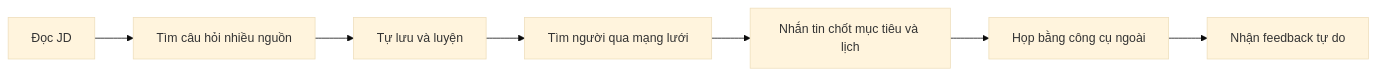
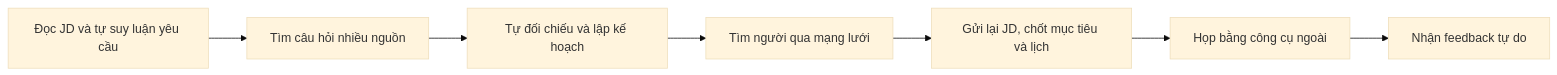
Before and after one commit to tnnhuaa/InterviewQuestionBank: the diagram in docs/Project_Proposal/Existing_Tools_Analysis.md, drawn with Mermaid (base theme). The commit also changed other lines of this file and 16 other files, not shown here.

````diff
--- a/docs/Project_Proposal/Existing_Tools_Analysis.md
+++ b/docs/Project_Proposal/Existing_Tools_Analysis.md
@@ -22,9 +22,9 @@
 ```mermaid
 flowchart LR
-    A["Đọc JD"] --> B["Tìm câu hỏi nhiều nguồn"]
-    B --> C["Tự lưu và luyện"]
+    A["Đọc JD và tự suy luận yêu cầu"] --> B["Tìm câu hỏi nhiều nguồn"]
+    B --> C["Tự đối chiếu và lập kế hoạch"]
     C --> D["Tìm người qua mạng lưới"]
-    D --> E["Nhắn tin chốt mục tiêu và lịch"]
+    D --> E["Gửi lại JD, chốt mục tiêu và lịch"]
     E --> F["Họp bằng công cụ ngoài"]
     F --> G["Nhận feedback tự do"]
 ```
````
